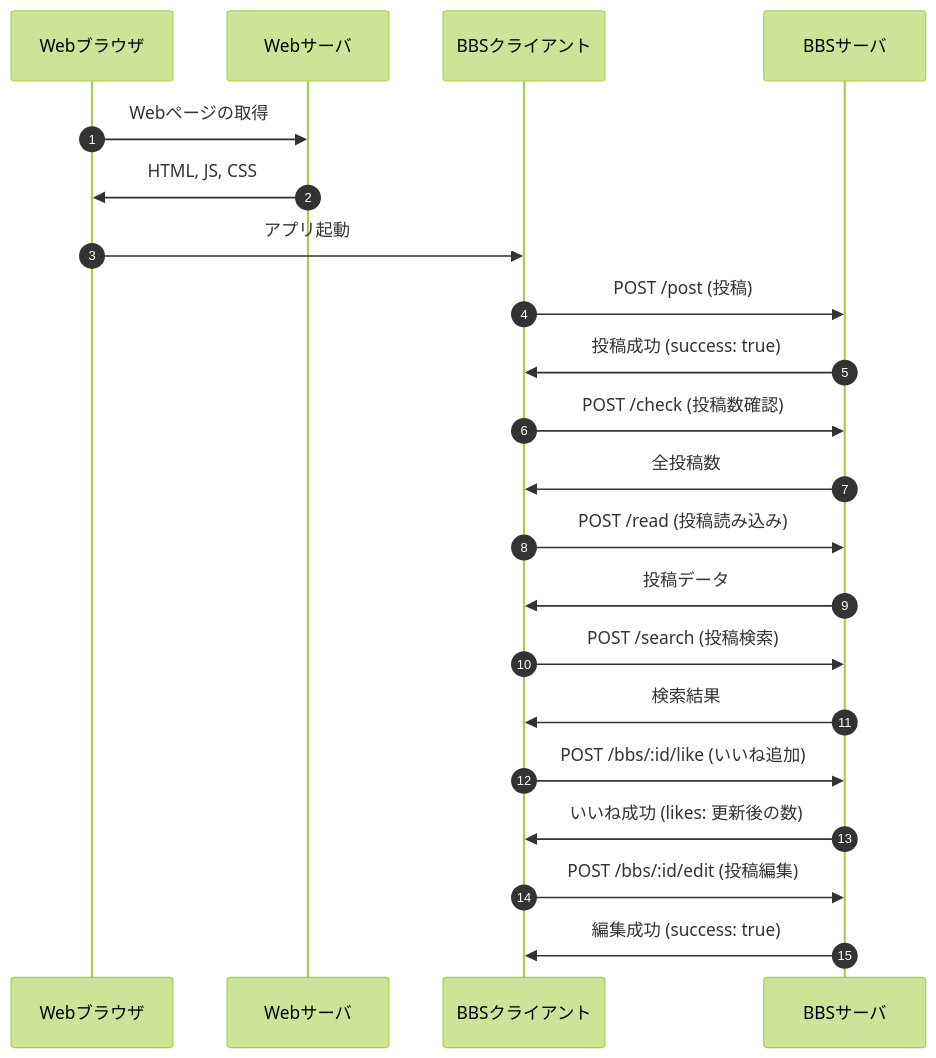
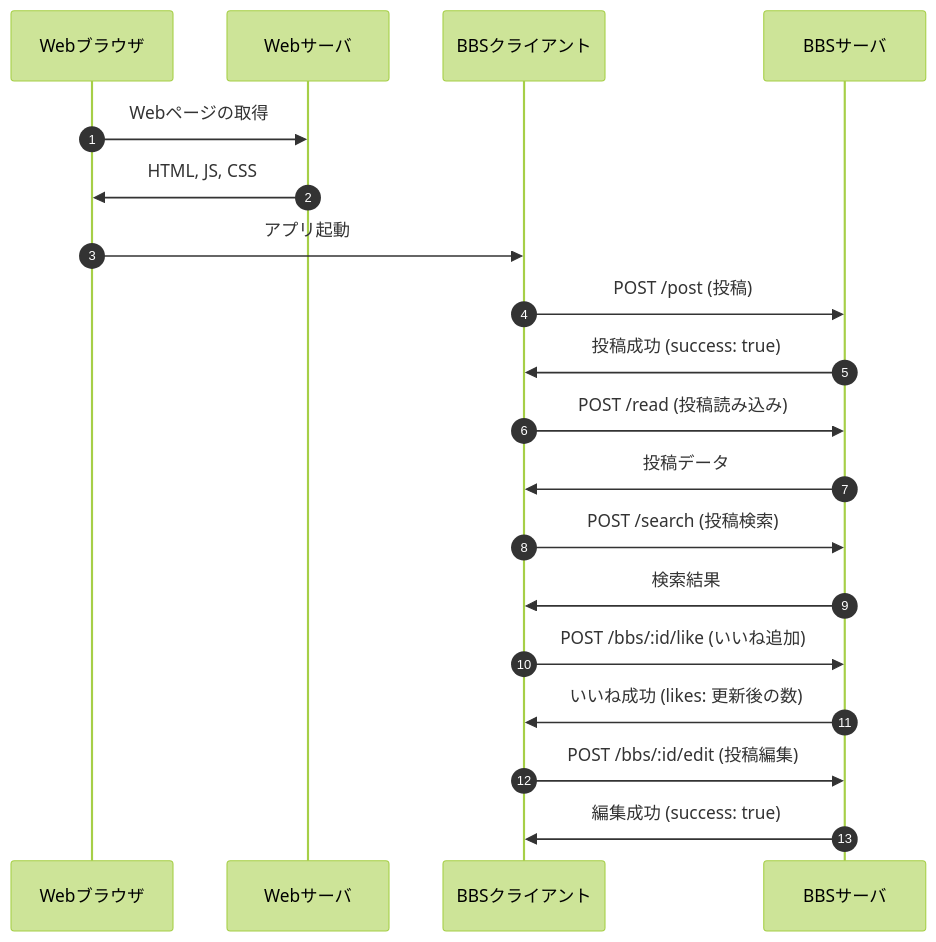
Before and after one commit to tagohayato/webpro_06: the diagram in sequence1.md, drawn with Mermaid (forest theme).

Commit message:
シーケンス図を訂正

````diff
--- a/sequence1.md
+++ b/sequence1.md
@@ -1,31 +1,28 @@
 ```mermaid
 sequenceDiagram
   autonumber
   participant Webブラウザ
   participant Webサーバ
   participant BBSクライアント
   participant BBSサーバ
   
   Webブラウザ ->> Webサーバ: Webページの取得
   Webサーバ ->> Webブラウザ: HTML, JS, CSS
   
   Webブラウザ ->> BBSクライアント: アプリ起動
   
   BBSクライアント ->> BBSサーバ: POST /post (投稿)
   BBSサーバ ->> BBSクライアント: 投稿成功 (success: true)
   
-  BBSクライアント ->> BBSサーバ: POST /check (投稿数確認)
-  BBSサーバ ->> BBSクライアント: 全投稿数
-  
   BBSクライアント ->> BBSサーバ: POST /read (投稿読み込み)
   BBSサーバ ->> BBSクライアント: 投稿データ
   
   BBSクライアント ->> BBSサーバ: POST /search (投稿検索)
   BBSサーバ ->> BBSクライアント: 検索結果
   
   BBSクライアント ->> BBSサーバ: POST /bbs/:id/like (いいね追加)
   BBSサーバ ->> BBSクライアント: いいね成功 (likes: 更新後の数)
   
   BBSクライアント ->> BBSサーバ: POST /bbs/:id/edit (投稿編集)
   BBSサーバ ->> BBSクライアント: 編集成功 (success: true)
 ```
````
